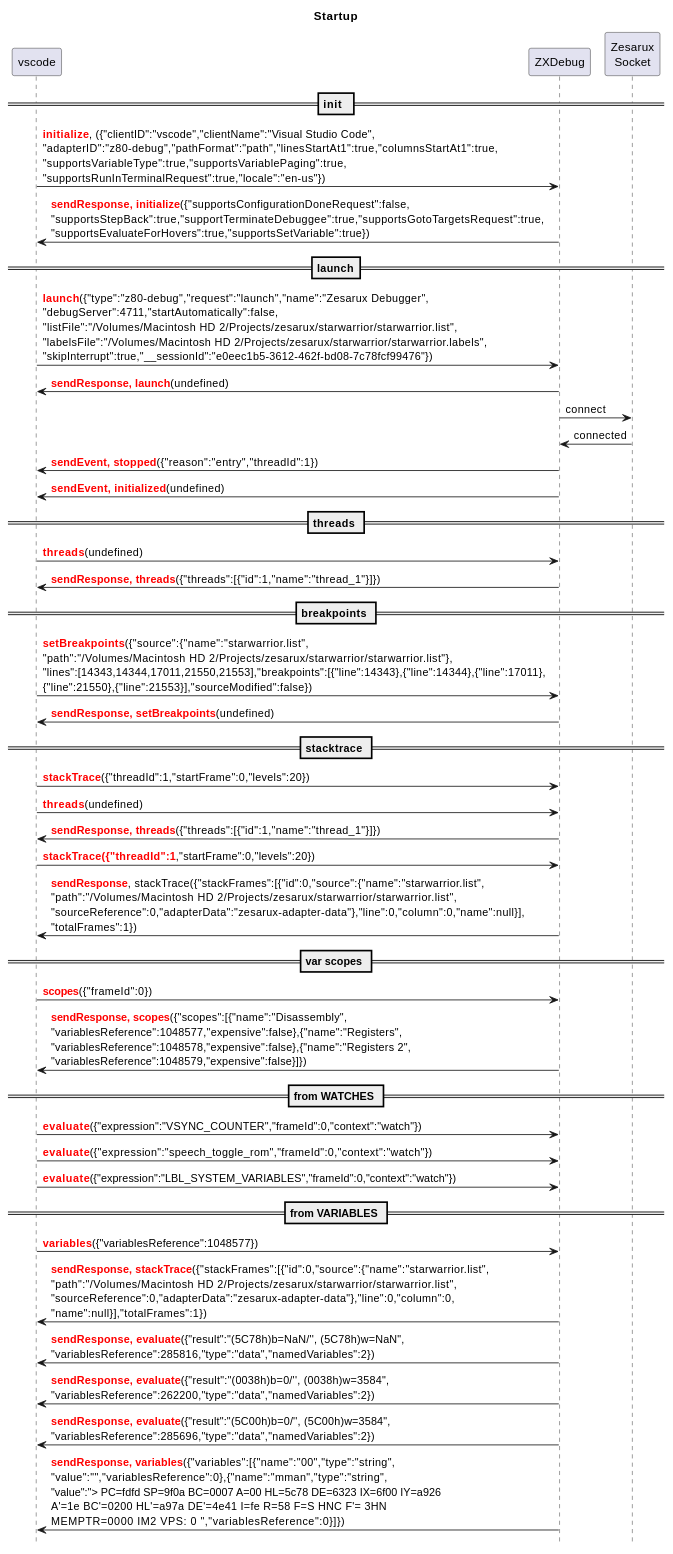
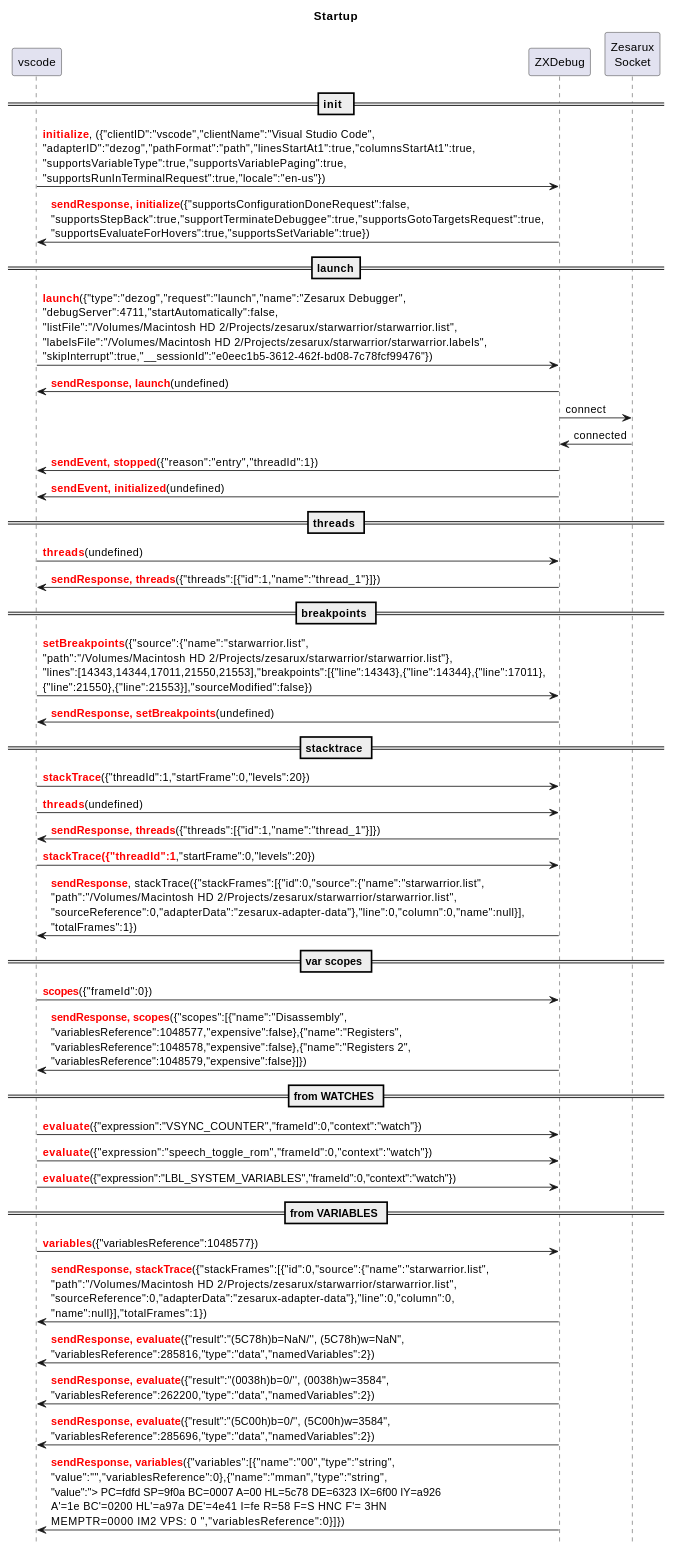
One commit to maziac/DeZog changed the diagram in design/startup.md. Above: the diagram before and after it, drawn with PlantUML. The commit also changed 11 other files, not shown here.

Commit message:
Renaming z80-debug to dezog.

````diff
--- a/design/startup.md
+++ b/design/startup.md
@@ -7,59 +7,59 @@
 ```puml
 title Startup
 
 hide footbox
 
 
 participant vscode
 participant ZXDebug
 participant ZXSocket as "Zesarux\nSocket"
 
 == init  ==
-vscode -> ZXDebug: <font color=red><b>initialize</b></font>, ({"clientID":"vscode","clientName":"Visual Studio Code",\n"adapterID":"z80-debug","pathFormat":"path","linesStartAt1":true,"columnsStartAt1":true,\n"supportsVariableType":true,"supportsVariablePaging":true,\n"supportsRunInTerminalRequest":true,"locale":"en-us"})
+vscode -> ZXDebug: <font color=red><b>initialize</b></font>, ({"clientID":"vscode","clientName":"Visual Studio Code",\n"adapterID":"dezog","pathFormat":"path","linesStartAt1":true,"columnsStartAt1":true,\n"supportsVariableType":true,"supportsVariablePaging":true,\n"supportsRunInTerminalRequest":true,"locale":"en-us"})
 vscode <- ZXDebug: <font color=red><b>sendResponse, initialize</b></font>({"supportsConfigurationDoneRequest":false,\n"supportsStepBack":true,"supportTerminateDebuggee":true,"supportsGotoTargetsRequest":true,\n"supportsEvaluateForHovers":true,"supportsSetVariable":true})
 
 
 == launch==
-vscode -> ZXDebug: <font color=red><b>launch</b></font>({"type":"z80-debug","request":"launch","name":"Zesarux Debugger",\n"debugServer":4711,"startAutomatically":false,\n"listFile":"/Volumes/Macintosh HD 2/Projects/zesarux/starwarrior/starwarrior.list",\n"labelsFile":"/Volumes/Macintosh HD 2/Projects/zesarux/starwarrior/starwarrior.labels",\n"skipInterrupt":true,"__sessionId":"e0eec1b5-3612-462f-bd08-7c78fcf99476"})
+vscode -> ZXDebug: <font color=red><b>launch</b></font>({"type":"dezog","request":"launch","name":"Zesarux Debugger",\n"debugServer":4711,"startAutomatically":false,\n"listFile":"/Volumes/Macintosh HD 2/Projects/zesarux/starwarrior/starwarrior.list",\n"labelsFile":"/Volumes/Macintosh HD 2/Projects/zesarux/starwarrior/starwarrior.labels",\n"skipInterrupt":true,"__sessionId":"e0eec1b5-3612-462f-bd08-7c78fcf99476"})
 vscode <- ZXDebug: <font color=red><b>sendResponse, launch</b></font>(undefined)
 ZXSocket <- ZXDebug: connect
 ZXSocket -> ZXDebug: connected
 vscode <- ZXDebug: <font color=red><b>sendEvent, stopped</b></font>({"reason":"entry","threadId":1})
 
 vscode <- ZXDebug: <font color=red><b>sendEvent, initialized</b></font>(undefined)
 
 == threads ==
 vscode -> ZXDebug: <font color=red><b>threads</b></font>(undefined)
 vscode <- ZXDebug: <font color=red><b>sendResponse, threads</b></font>({"threads":[{"id":1,"name":"thread_1"}]})
 
 == breakpoints ==
 vscode -> ZXDebug: <font color=red><b>setBreakpoints</b></font>({"source":{"name":"starwarrior.list",\n"path":"/Volumes/Macintosh HD 2/Projects/zesarux/starwarrior/starwarrior.list"},\n"lines":[14343,14344,17011,21550,21553],"breakpoints":[{"line":14343},{"line":14344},{"line":17011},\n{"line":21550},{"line":21553}],"sourceModified":false})
 vscode <- ZXDebug: <font color=red><b>sendResponse, setBreakpoints</b></font>(undefined)
 
 == stacktrace ==
 vscode -> ZXDebug: <font color=red><b>stackTrace</b></font>({"threadId":1,"startFrame":0,"levels":20})
 vscode -> ZXDebug: <font color=red><b>threads</b></font>(undefined)
 vscode <- ZXDebug: <font color=red><b>sendResponse, threads</b></font>({"threads":[{"id":1,"name":"thread_1"}]})
 vscode -> ZXDebug: <font color=red><b>stackTrace({"threadId":1</b></font>,"startFrame":0,"levels":20})
 vscode <- ZXDebug: <font color=red><b>sendResponse</b></font>, stackTrace({"stackFrames":[{"id":0,"source":{"name":"starwarrior.list",\n"path":"/Volumes/Macintosh HD 2/Projects/zesarux/starwarrior/starwarrior.list",\n"sourceReference":0,"adapterData":"zesarux-adapter-data"},"line":0,"column":0,"name":null}],\n"totalFrames":1})
 
 == var scopes ==
 vscode -> ZXDebug: <font color=red><b>scopes</b></font>({"frameId":0})
 vscode <- ZXDebug: <font color=red><b>sendResponse, scopes</b></font>({"scopes":[{"name":"Disassembly",\n"variablesReference":1048577,"expensive":false},{"name":"Registers",\n"variablesReference":1048578,"expensive":false},{"name":"Registers 2",\n"variablesReference":1048579,"expensive":false}]})
 
 == from WATCHES ==
 vscode -> ZXDebug: <font color=red><b>evaluate</b></font>({"expression":"VSYNC_COUNTER","frameId":0,"context":"watch"})
 vscode -> ZXDebug: <font color=red><b>evaluate</b></font>({"expression":"speech_toggle_rom","frameId":0,"context":"watch"})
 vscode -> ZXDebug: <font color=red><b>evaluate</b></font>({"expression":"LBL_SYSTEM_VARIABLES","frameId":0,"context":"watch"})
 
 == from VARIABLES ==
 vscode -> ZXDebug: <font color=red><b>variables</b></font>({"variablesReference":1048577})
 
 vscode <- ZXDebug: <font color=red><b>sendResponse, stackTrace</b></font>({"stackFrames":[{"id":0,"source":{"name":"starwarrior.list",\n"path":"/Volumes/Macintosh HD 2/Projects/zesarux/starwarrior/starwarrior.list",\n"sourceReference":0,"adapterData":"zesarux-adapter-data"},"line":0,"column":0,\n"name":null}],"totalFrames":1})
 
 vscode <- ZXDebug: <font color=red><b>sendResponse, evaluate</b></font>({"result":"(5C78h)b=NaN/'', (5C78h)w=NaN",\n"variablesReference":285816,"type":"data","namedVariables":2})
 vscode <- ZXDebug: <font color=red><b>sendResponse, evaluate</b></font>({"result":"(0038h)b=0/'', (0038h)w=3584",\n"variablesReference":262200,"type":"data","namedVariables":2})
 vscode <- ZXDebug: <font color=red><b>sendResponse, evaluate</b></font>({"result":"(5C00h)b=0/'', (5C00h)w=3584",\n"variablesReference":285696,"type":"data","namedVariables":2})
 vscode <- ZXDebug: <font color=red><b>sendResponse, variables</b></font>({"variables":[{"name":"00","type":"string",\n"value":"","variablesReference":0},{"name":"mman","type":"string",\n"value":"> PC=fdfd SP=9f0a BC=0007 A=00 HL=5c78 DE=6323 IX=6f00 IY=a926\nA'=1e BC'=0200 HL'=a97a DE'=4e41 I=fe R=58  F=S    HNC F'=    3HN  \nMEMPTR=0000 IM2         VPS: 0 ","variablesReference":0}]})
 
 ```
````
